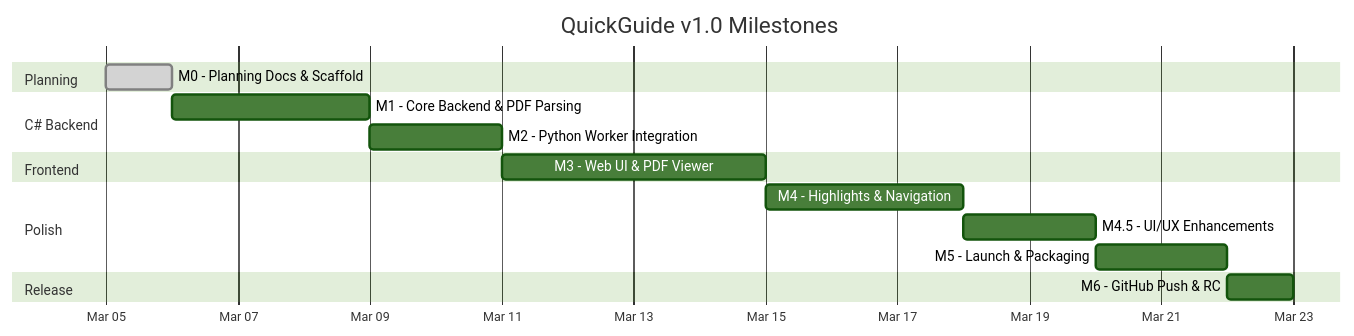
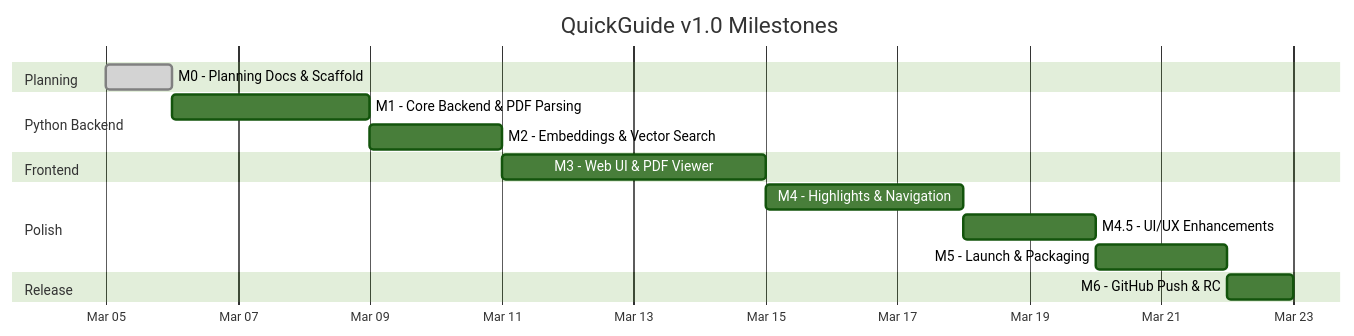
The diagram in docs/06_scope_and_milestones.md (Ethan-da-Tech-Wizard/Quick_Guide), drawn with Mermaid (forest theme) before and after one commit. The commit also changed other lines of this file and 5 other files, not shown here.

````diff
--- a/docs/06_scope_and_milestones.md
+++ b/docs/06_scope_and_milestones.md
@@ -41,24 +41,24 @@
 ```mermaid
 gantt
     title QuickGuide v1.0 Milestones
     dateFormat  YYYY-MM-DD
     axisFormat  %b %d
 
     section Planning
     M0 - Planning Docs & Scaffold   :done, m0, 2026-03-05, 1d
 
-    section C# Backend
+    section Python Backend
     M1 - Core Backend & PDF Parsing :m1, after m0, 3d
-    M2 - Python Worker Integration  :m2, after m1, 2d
+    M2 - Embeddings & Vector Search :m2, after m1, 2d
 
     section Frontend
     M3 - Web UI & PDF Viewer        :m3, after m2, 4d
 
     section Polish
     M4 - Highlights & Navigation    :m4, after m3, 3d
     M4.5 - UI/UX Enhancements       :m45, after m4, 2d
     M5 - Launch & Packaging         :m5, after m45, 2d
 
     section Release
     M6 - GitHub Push & RC           :m6, after m5, 1d
 ```
````
